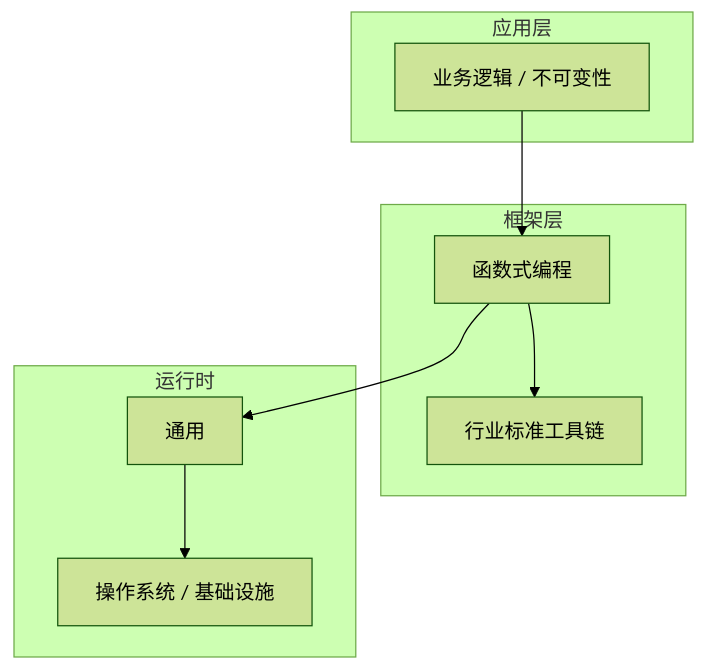
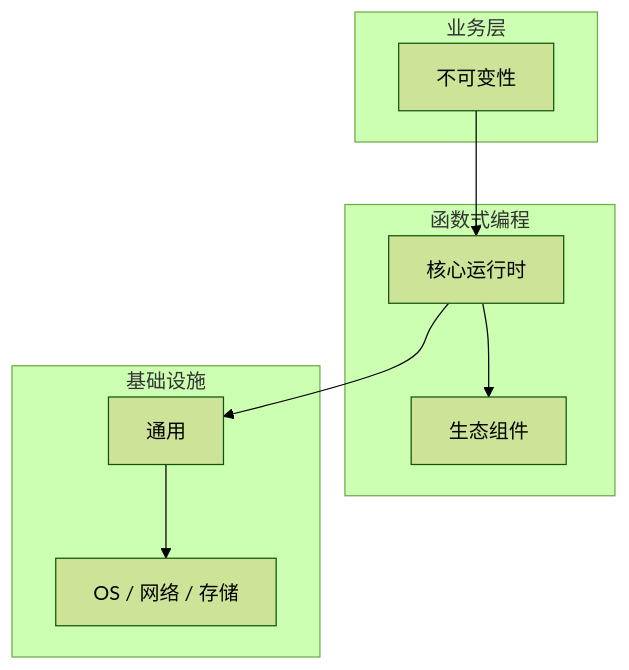
One commit to yanggan2015/knowledge-json-v2 changed the diagram in articles/函数式编程/chapters/013-不可变性核心概念与原理.md. Above: the diagram before and after it, drawn with Mermaid (forest theme). The commit also changed other lines of this file and 10127 other files, not shown here.

````diff
--- a/articles/函数式编程/chapters/013-不可变性核心概念与原理.md
+++ b/articles/函数式编程/chapters/013-不可变性核心概念与原理.md
@@ -45,18 +34,18 @@
 ```mermaid
 graph TB
-    subgraph 应用层
-        A[业务逻辑 / 不可变性]
+    subgraph 业务层
+        A[不可变性]
     end
-    subgraph 框架层
-        B[函数式编程]
-        C[行业标准工具链]
+    subgraph 函数式编程
+        B[核心运行时]
+        C[生态组件]
     end
-    subgraph 运行时
+    subgraph 基础设施
         D[通用]
-        E[操作系统 / 基础设施]
+        E[OS / 网络 / 存储]
     end
     A --> B
     B --> C
     B --> D
     D --> E
 ```
````
